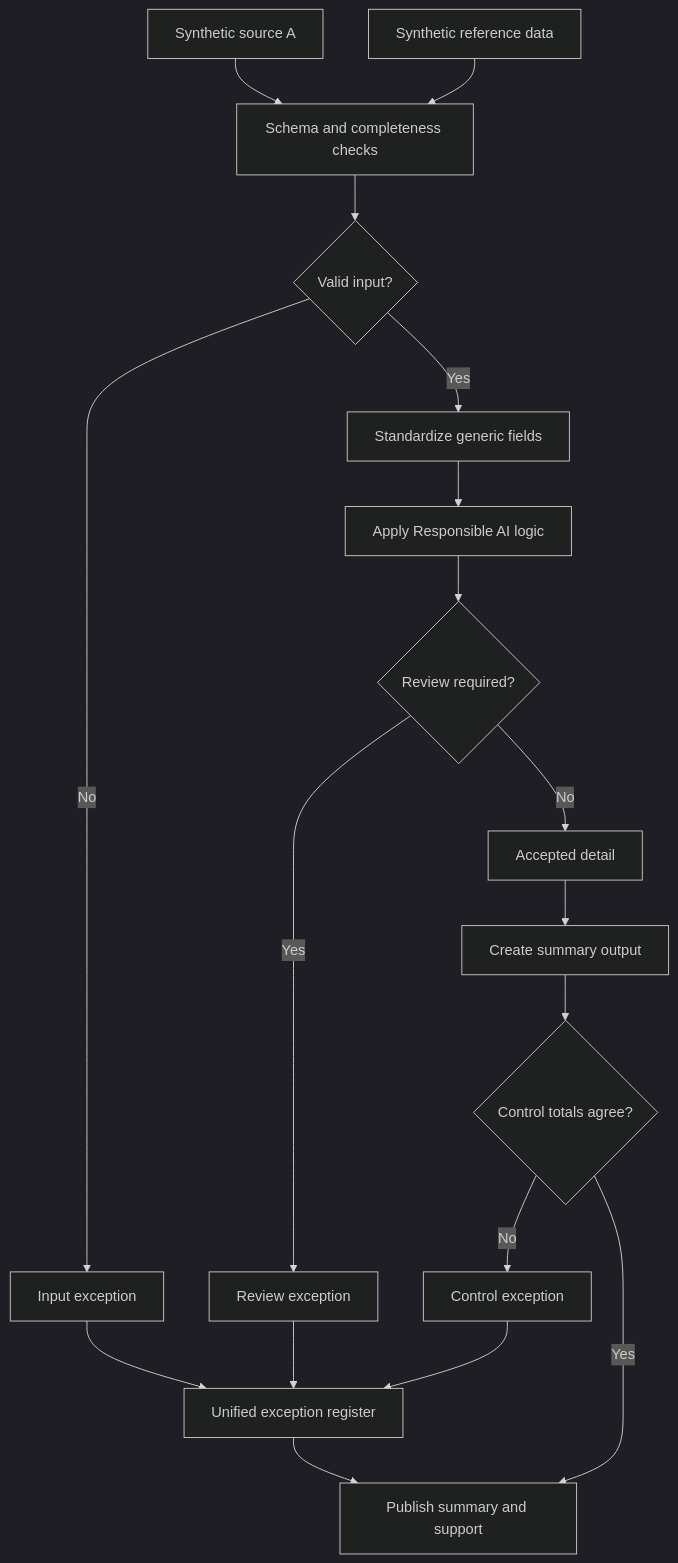
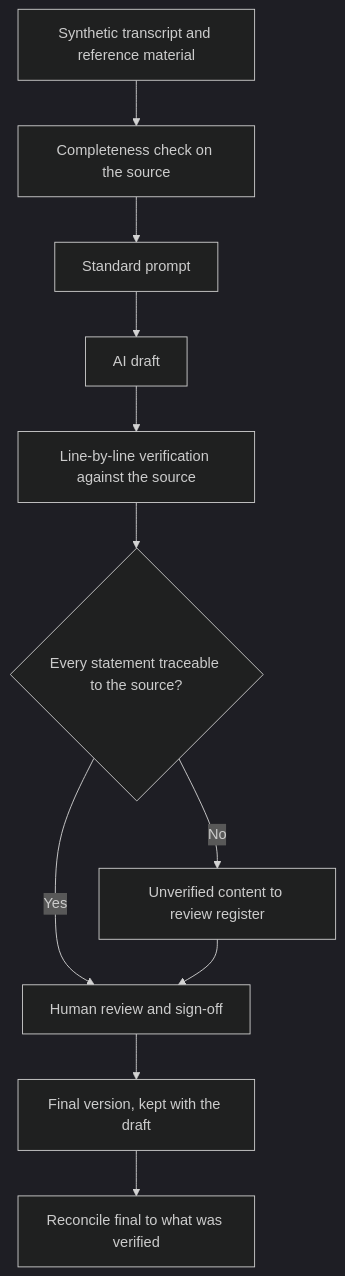
The diagram in case-studies/09-ai-assisted-knowledge-capture/README.md (Erkzucr/automation-analytics-portfolio), drawn with Mermaid (dark theme) before and after one commit. The commit also changed 17 other files, not shown here.

````diff
--- a/case-studies/09-ai-assisted-knowledge-capture/README.md
+++ b/case-studies/09-ai-assisted-knowledge-capture/README.md
@@ -17,20 +17,13 @@
 ```mermaid
 flowchart TB
- A1[Synthetic source A] --> B[Schema and completeness checks]
- A2[Synthetic reference data] --> B
- B --> C{Valid input?}
- C -- No --> X1[Input exception]
- C -- Yes --> D[Standardize generic fields]
- D --> E[Apply Responsible AI logic]
- E --> F{Review required?}
- F -- Yes --> X2[Review exception]
- F -- No --> G[Accepted detail]
- G --> H[Create summary output]
- H --> I{Control totals agree?}
- I -- No --> X3[Control exception]
- I -- Yes --> J[Publish summary and support]
- X1 --> K[Unified exception register]
- X2 --> K
- X3 --> K
- K --> J
+ SRC[Synthetic transcript and reference material] --> CHK[Completeness check on the source]
+ CHK --> PR[Standard prompt]
+ PR --> DR[AI draft]
+ DR --> VER[Line-by-line verification against the source]
+ VER --> Q{Every statement traceable to the source?}
+ Q -- No --> X[Unverified content to review register]
+ Q -- Yes --> HR[Human review and sign-off]
+ X --> HR
+ HR --> FIN[Final version, kept with the draft]
+ FIN --> REC[Reconcile final to what was verified]
 ```
````
